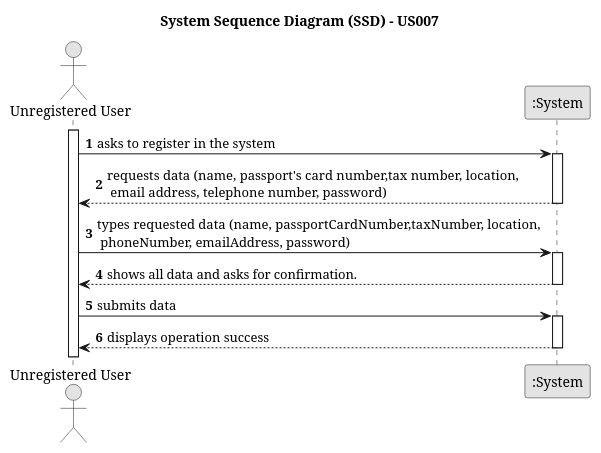
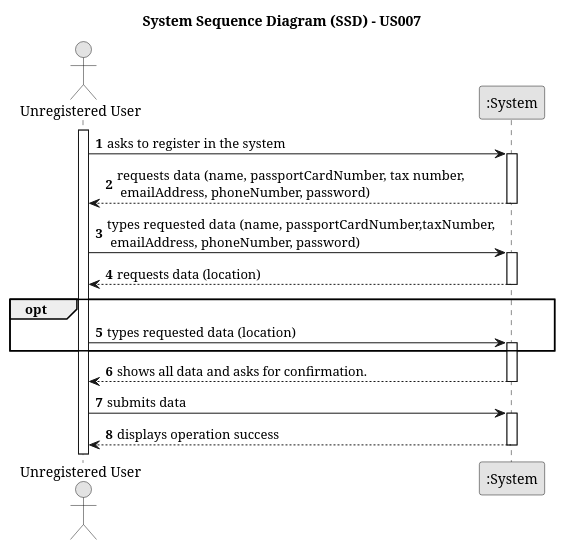
Before and after one commit to rita-barbosa/LAPR2-2223: the diagram in docs/sprintB/us007/01.requirements-engineering/puml/us007-system-sequence-diagram.puml, drawn with PlantUML. The commit also changed 1 other file, not shown here.

Commit message:
Update of system sequence diagram [US007][Requirements Engineering][Work done by all]

```diff
--- a/docs/sprintB/us007/01.requirements-engineering/puml/us007-system-sequence-diagram.puml
+++ b/docs/sprintB/us007/01.requirements-engineering/puml/us007-system-sequence-diagram.puml
@@ -1,33 +1,41 @@
 @startuml
 skinparam monochrome true
 skinparam packageStyle rectangle
 skinparam shadowing false
 
 title System Sequence Diagram (SSD) - US007
 
 autonumber
 
 actor "Unregistered User" as User
 participant ":System" as System
 
 activate User
 
     User -> System : asks to register in the system
     activate System
 
-    System --> User : requests data (name, passport's card number,tax number, location,\n email address, telephone number, password)
+    System --> User : requests data (name, passportCardNumber, tax number,\n emailAddress, phoneNumber, password)
     deactivate System
 
-    User -> System : types requested data (name, passportCardNumber,taxNumber, location,\n phoneNumber, emailAddress, password)
+    User -> System : types requested data (name, passportCardNumber,taxNumber,\n emailAddress, phoneNumber, password)
     activate System
+
+    System --> User : requests data (location)
+    deactivate System
+
+    opt
+    User -> System : types requested data (location)
+    activate System
+    end opt
 
     System --> User : shows all data and asks for confirmation.
     deactivate System
 
     User -> System : submits data
     activate System
 
     System --> User : displays operation success
     deactivate System
 
 @enduml
```
